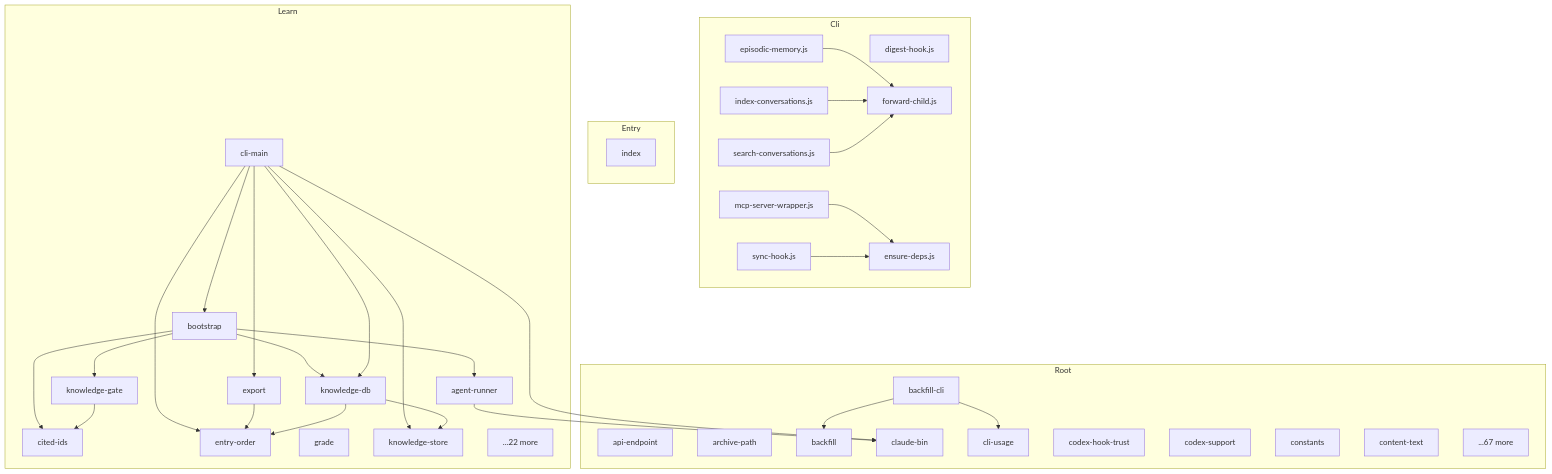
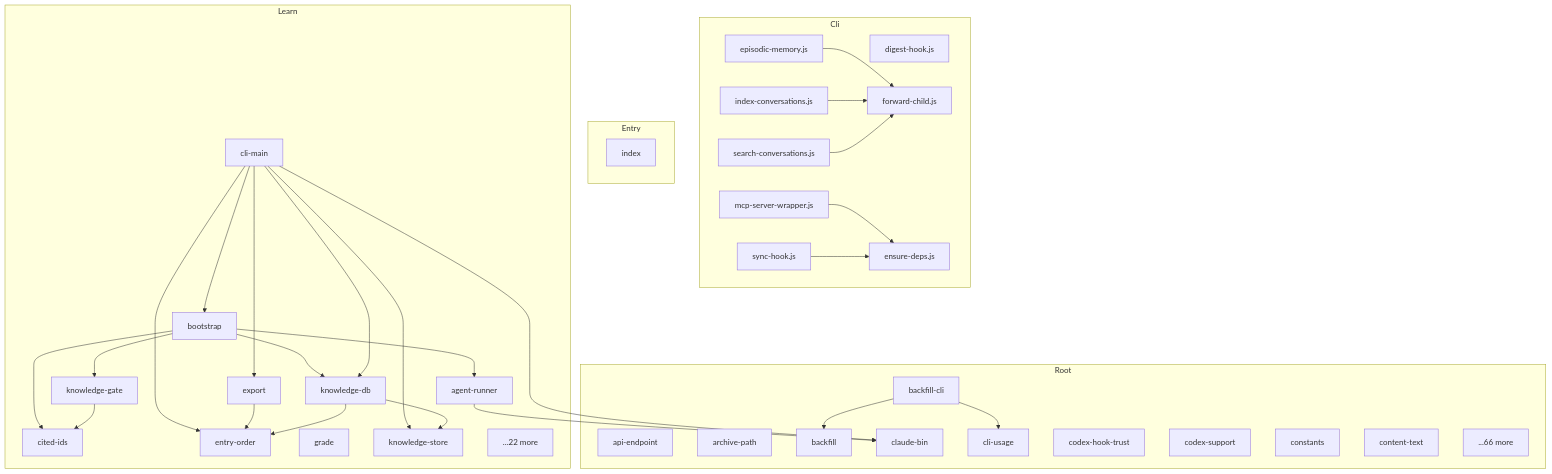
The diagram in docs/architecture/DEPENDENCY_GRAPH.md (danielsimonjr/episodic-memory), drawn with Mermaid before and after one commit. The commit also changed other lines of this file and 31 other files, not shown here.

````diff
--- a/docs/architecture/DEPENDENCY_GRAPH.md
+++ b/docs/architecture/DEPENDENCY_GRAPH.md
@@ -2268,68 +2259,68 @@
 ```mermaid
 graph TD
     subgraph Cli
         N0[digest-hook.js]
         N1[ensure-deps.js]
         N2[episodic-memory.js]
         N3[forward-child.js]
         N4[index-conversations.js]
         N5[mcp-server-wrapper.js]
         N6[search-conversations.js]
         N7[sync-hook.js]
     end
 
     subgraph Root
         N8[api-endpoint]
         N9[archive-path]
         N10[backfill-cli]
         N11[backfill]
         N12[claude-bin]
         N13[cli-usage]
         N14[codex-hook-trust]
         N15[codex-support]
         N16[constants]
         N17[content-text]
-        N18[...67 more]
+        N18[...66 more]
     end
 
     subgraph Entry
         N19[index]
     end
 
     subgraph Learn
         N20[agent-runner]
         N21[bootstrap]
         N22[cited-ids]
         N23[cli-main]
         N24[entry-order]
         N25[export]
         N26[grade]
         N27[knowledge-db]
         N28[knowledge-gate]
         N29[knowledge-store]
         N30[...22 more]
     end
 
     N2 --> N3
     N4 --> N3
     N5 --> N1
     N6 --> N3
     N7 --> N1
     N10 --> N13
     N10 --> N11
     N20 --> N12
     N21 --> N27
     N21 --> N28
     N21 --> N22
     N21 --> N20
     N23 --> N12
     N23 --> N27
     N23 --> N25
     N23 --> N24
     N23 --> N29
     N23 --> N21
     N25 --> N24
     N27 --> N29
     N27 --> N24
     N28 --> N22
 ```
````
